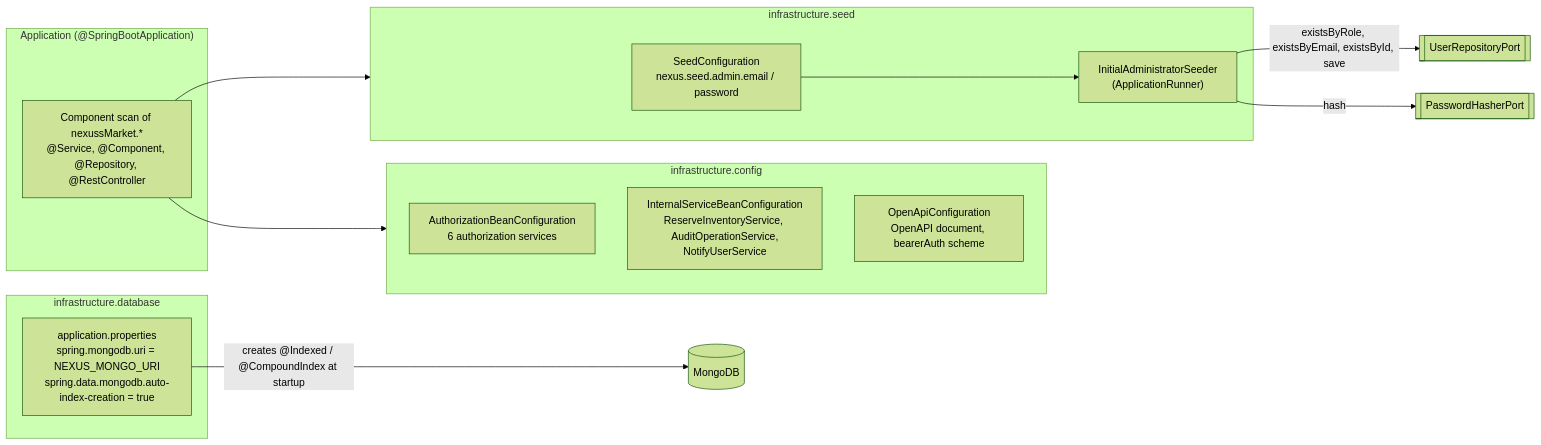
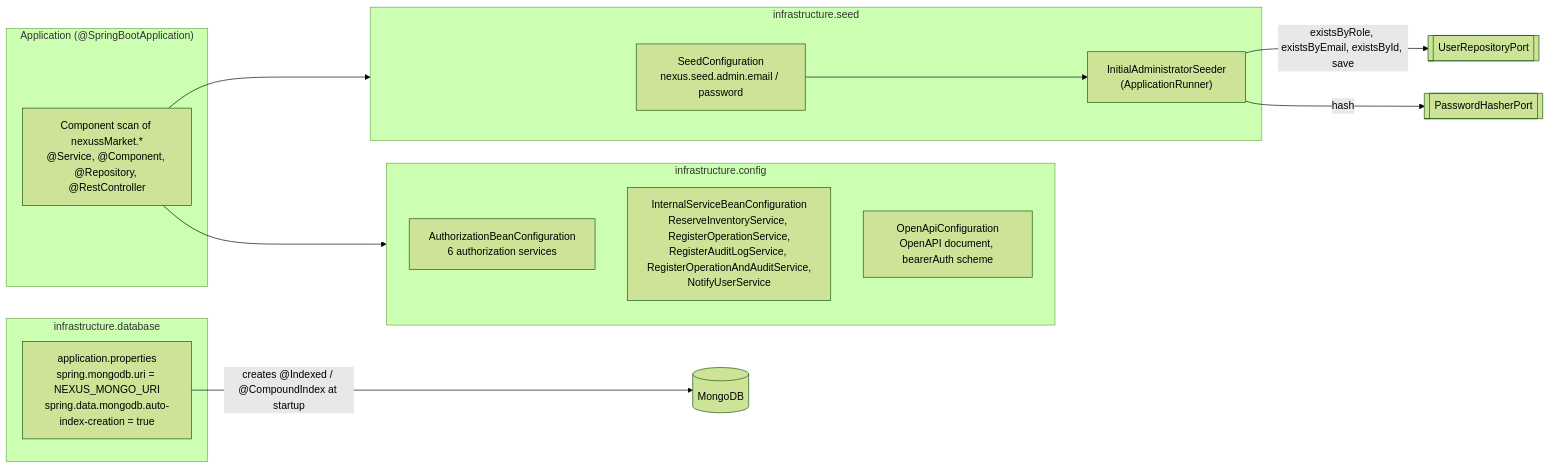
Before and after one commit to Spuerta18/Nexuss: the diagram in SDD/C4/10-layer-infrastructure.md, drawn with Mermaid (forest theme). The commit also changed other lines of this file and 34 other files, not shown here.

````diff
--- a/SDD/C4/10-layer-infrastructure.md
+++ b/SDD/C4/10-layer-infrastructure.md
@@ -9,26 +9,26 @@
 ```mermaid
 flowchart LR
     subgraph app["Application (@SpringBootApplication)"]
         scan["Component scan of nexussMarket.*<br/>@Service, @Component, @Repository, @RestController"]
     end
     subgraph config["infrastructure.config"]
         ABC["AuthorizationBeanConfiguration<br/>6 authorization services"]
-        ISC["InternalServiceBeanConfiguration<br/>ReserveInventoryService, AuditOperationService,<br/>NotifyUserService"]
+        ISC["InternalServiceBeanConfiguration<br/>ReserveInventoryService, RegisterOperationService,<br/>RegisterAuditLogService, RegisterOperationAndAuditService,<br/>NotifyUserService"]
         OAC["OpenApiConfiguration<br/>OpenAPI document, bearerAuth scheme"]
     end
     subgraph database["infrastructure.database"]
         DBP["application.properties<br/>spring.mongodb.uri = NEXUS_MONGO_URI<br/>spring.data.mongodb.auto-index-creation = true"]
     end
     subgraph seed["infrastructure.seed"]
         SC["SeedConfiguration<br/>nexus.seed.admin.email / password"]
         IAS["InitialAdministratorSeeder<br/>(ApplicationRunner)"]
     end
     MONGO[("MongoDB")]
 
     scan --> config
     scan --> seed
     DBP -->|"creates @Indexed / @CompoundIndex at startup"| MONGO
     SC --> IAS
     IAS -->|"existsByRole, existsByEmail, existsById, save"| URP[["UserRepositoryPort"]]
     IAS -->|"hash"| PHP[["PasswordHasherPort"]]
 ```
````
